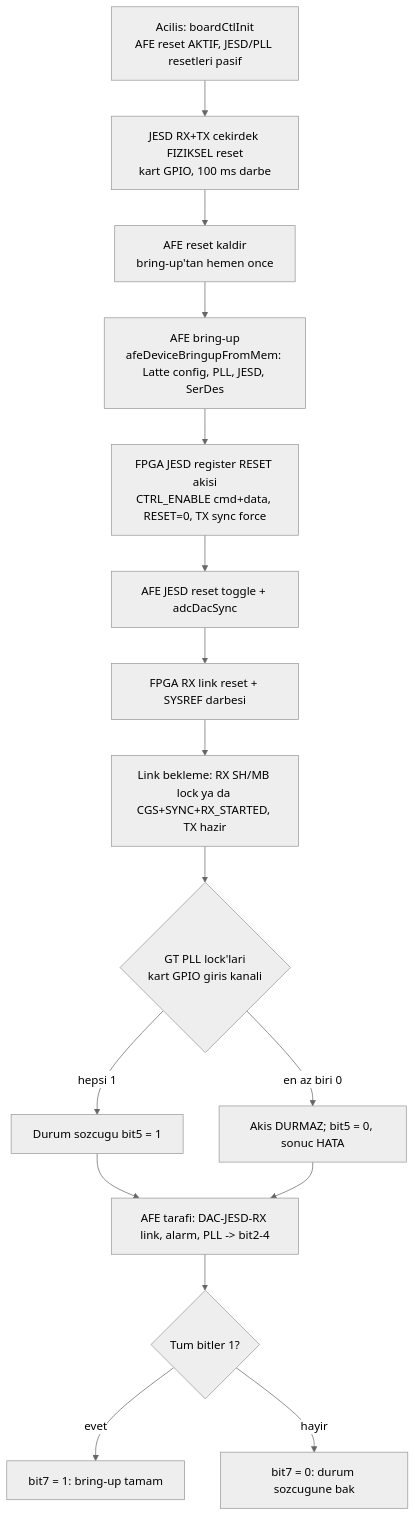
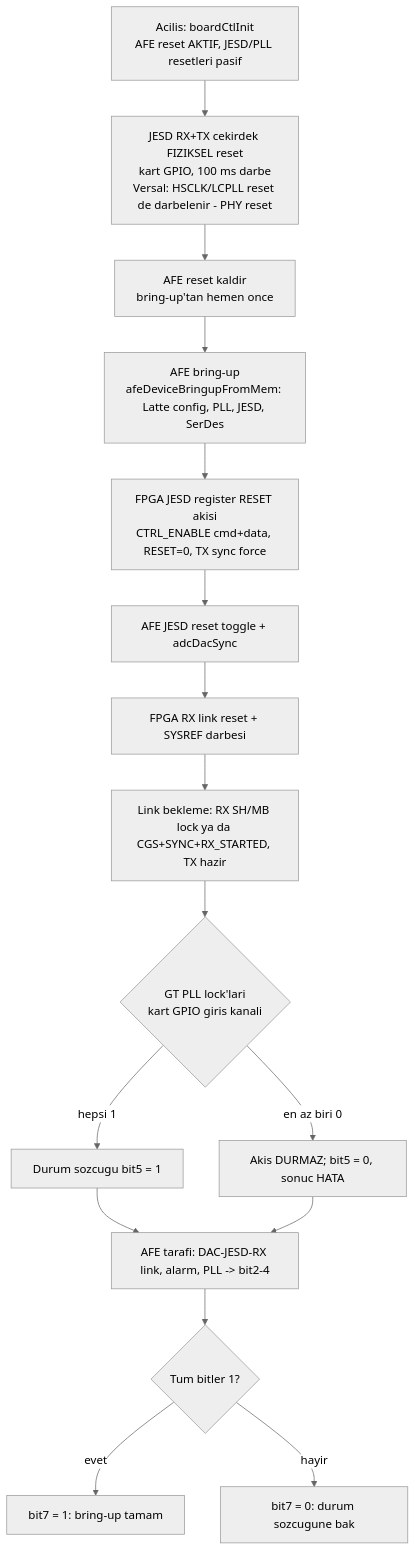
Before and after one commit to PashaBuilds/Spec2Code: the diagram in docs/afe7900_saha_testi.md, drawn with Mermaid (neutral theme). The commit also changed other lines of this file and 7 other files, not shown here.

Commit message:
Kart kontrol GPIO: pll_reset (HSCLK/LCPLL) yalniz Versal'da JESD fiziksel reset darbesine katilir (PHY reset calisma cevresi), diger platformlarda pasif (v0.1.244)

````diff
--- a/docs/afe7900_saha_testi.md
+++ b/docs/afe7900_saha_testi.md
@@ -39,18 +40,18 @@
 ```mermaid
 flowchart TD
-    A[Acilis: boardCtlInit<br/>AFE reset AKTIF, JESD/PLL resetleri pasif] --> B[JESD RX+TX cekirdek FIZIKSEL reset<br/>kart GPIO, 100 ms darbe]
+    A[Acilis: boardCtlInit<br/>AFE reset AKTIF, JESD/PLL resetleri pasif] --> B[JESD RX+TX cekirdek FIZIKSEL reset<br/>kart GPIO, 100 ms darbe<br/>Versal: HSCLK/LCPLL reset de darbelenir - PHY reset]
     B --> C[AFE reset kaldir<br/>bring-up'tan hemen once]
     C --> D[AFE bring-up<br/>afeDeviceBringupFromMem: Latte config, PLL, JESD, SerDes]
     D --> E[FPGA JESD register RESET akisi<br/>CTRL_ENABLE cmd+data, RESET=0, TX sync force]
     E --> F[AFE JESD reset toggle + adcDacSync]
     F --> G[FPGA RX link reset + SYSREF darbesi]
     G --> H[Link bekleme: RX SH/MB lock ya da CGS+SYNC+RX_STARTED, TX hazir]
     H --> I{GT PLL lock'lari<br/>kart GPIO giris kanali}
     I -- hepsi 1 --> J[Durum sozcugu bit5 = 1]
     I -- en az biri 0 --> K[Akis DURMAZ; bit5 = 0, sonuc HATA]
     J --> L[AFE tarafi: DAC-JESD-RX link, alarm, PLL -> bit2-4]
     K --> L
     L --> M{Tum bitler 1?}
     M -- evet --> N[bit7 = 1: bring-up tamam]
     M -- hayir --> O[bit7 = 0: durum sozcugune bak]
 ```
````
